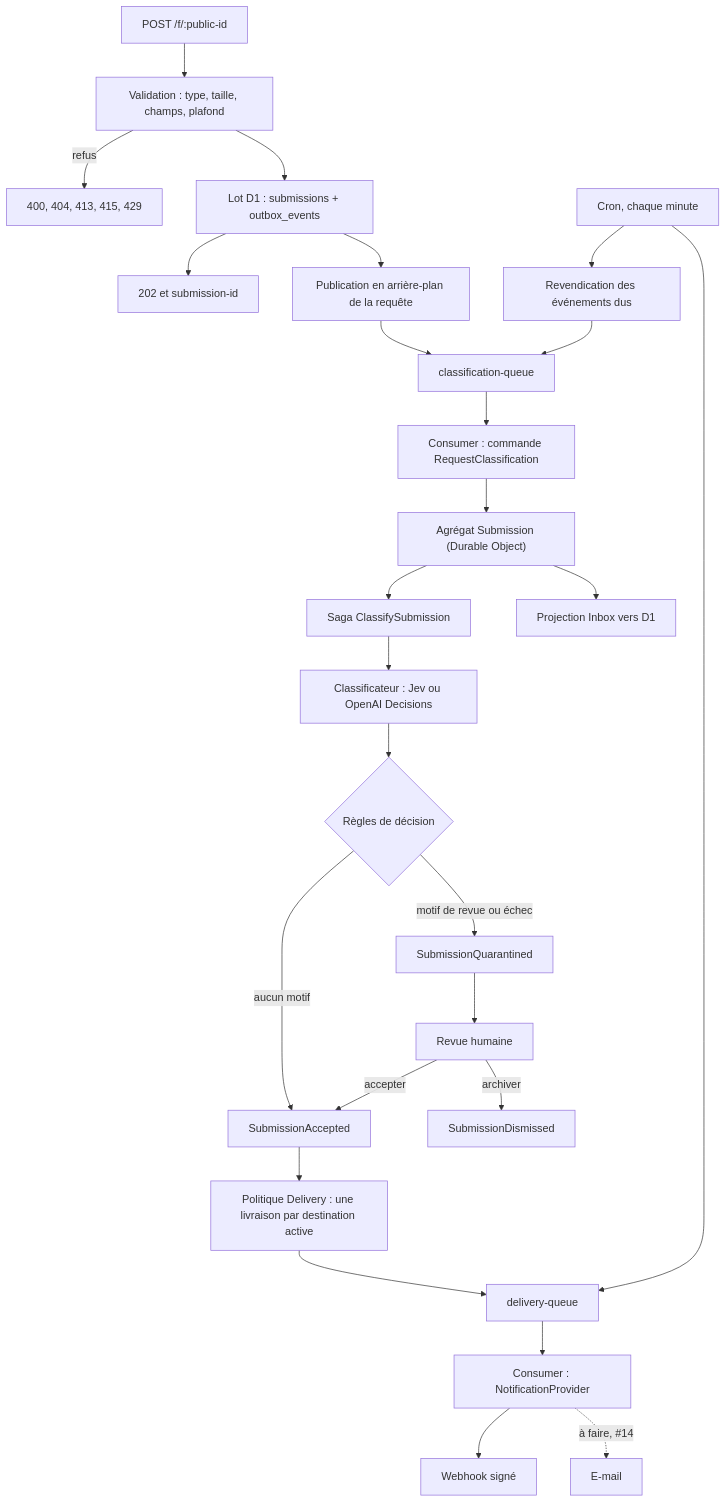
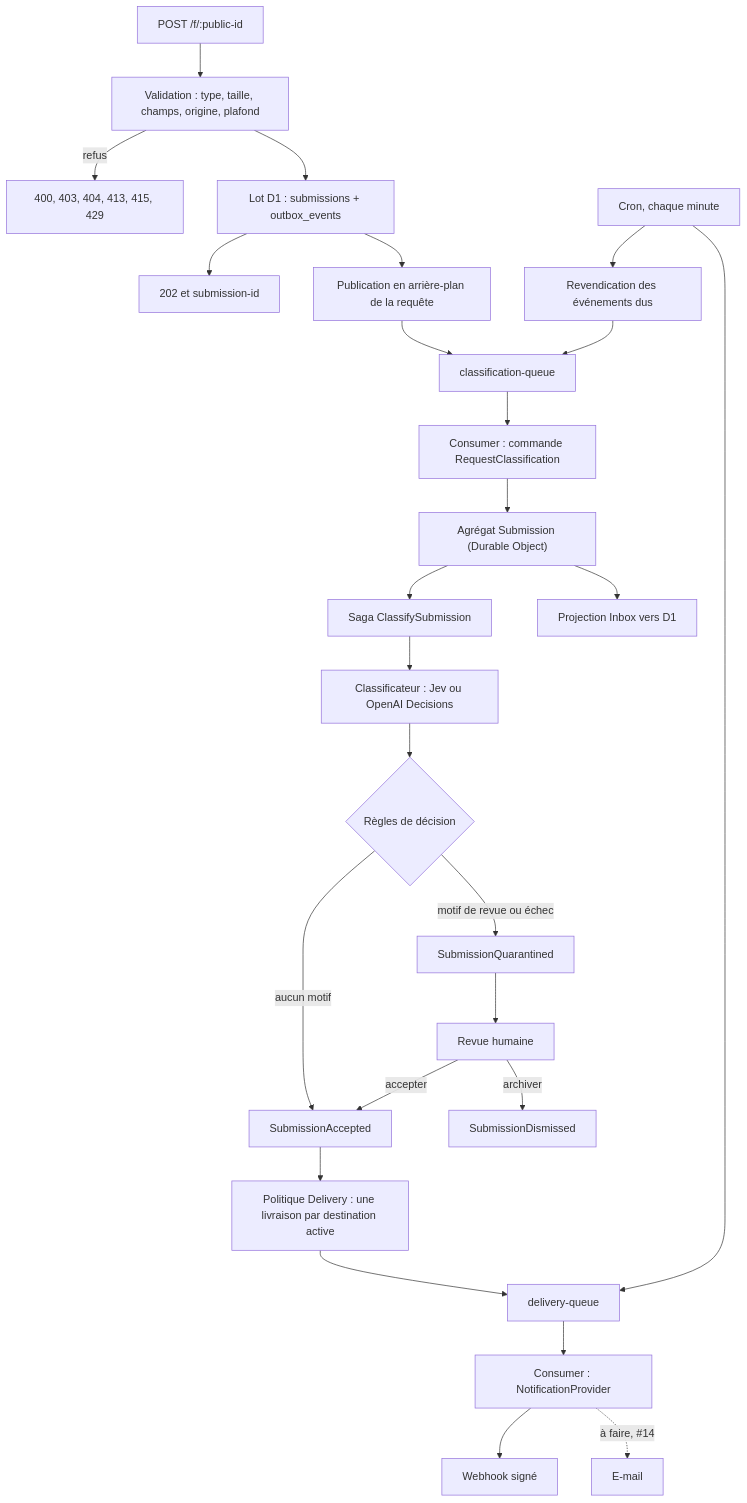
Before and after one commit to basaltbytes/rondyr: the diagram in architecture.md, drawn with Mermaid. The commit also changed other lines of this file and 1 other file, not shown here.

````diff
--- a/architecture.md
+++ b/architecture.md
@@ -69,28 +71,28 @@
 ```mermaid
 flowchart TD
-  A["POST /f/:public-id"] --> B["Validation : type, taille, champs, plafond"]
-  B -->|refus| C["400, 404, 413, 415, 429"]
+  A["POST /f/:public-id"] --> B["Validation : type, taille, champs, origine, plafond"]
+  B -->|refus| C["400, 403, 404, 413, 415, 429"]
   B --> D["Lot D1 : submissions + outbox_events"]
   D --> E["202 et submission-id"]
   D --> T["Publication en arrière-plan de la requête"]
   T --> H["classification-queue"]
   F["Cron, chaque minute"] --> G["Revendication des événements dus"]
   G --> H
   H --> I["Consumer : commande RequestClassification"]
   I --> J["Agrégat Submission (Durable Object)"]
   J --> K["Saga ClassifySubmission"]
   K --> L["Classificateur : Jev ou OpenAI Decisions"]
   L --> M{"Règles de décision"}
   M -->|aucun motif| N["SubmissionAccepted"]
   M -->|motif de revue ou échec| O["SubmissionQuarantined"]
   O --> P["Revue humaine"]
   P -->|accepter| N
   P -->|archiver| Q["SubmissionDismissed"]
   J --> R["Projection Inbox vers D1"]
   N --> S["Politique Delivery : une livraison par destination active"]
   S --> U["delivery-queue"]
   F --> U
   U --> V["Consumer : NotificationProvider"]
   V --> W["Webhook signé"]
   V -.->|à faire, #14| X["E-mail"]
 ```
````
